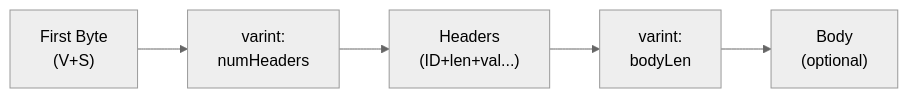
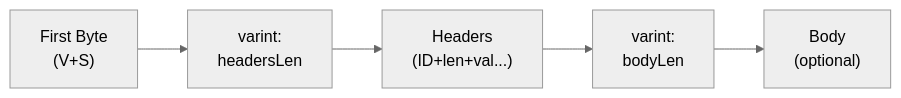
Before and after one commit to qo-proto/qh: the fourth of 4 diagrams in docs/protocol-definition.md, drawn with Mermaid (neutral theme). The commit also changed other lines of this file and 4 other files, not shown here.

Commit message:
replace numHeaders with totalHeaderLength

````diff
--- a/docs/protocol-definition.md
+++ b/docs/protocol-definition.md
@@ -721,7 +725,7 @@
 ```mermaid
 flowchart LR
-    A["First Byte<br/>(V+S)"] --> B["varint:<br/>numHeaders"]
+    A["First Byte<br/>(V+S)"] --> B["varint:<br/>headersLen"]
     B --> C["Headers<br/>(ID+len+val...)"]
     C --> D["varint:<br/>bodyLen"]
     D --> E["Body<br/>(optional)"]
 ```
````
